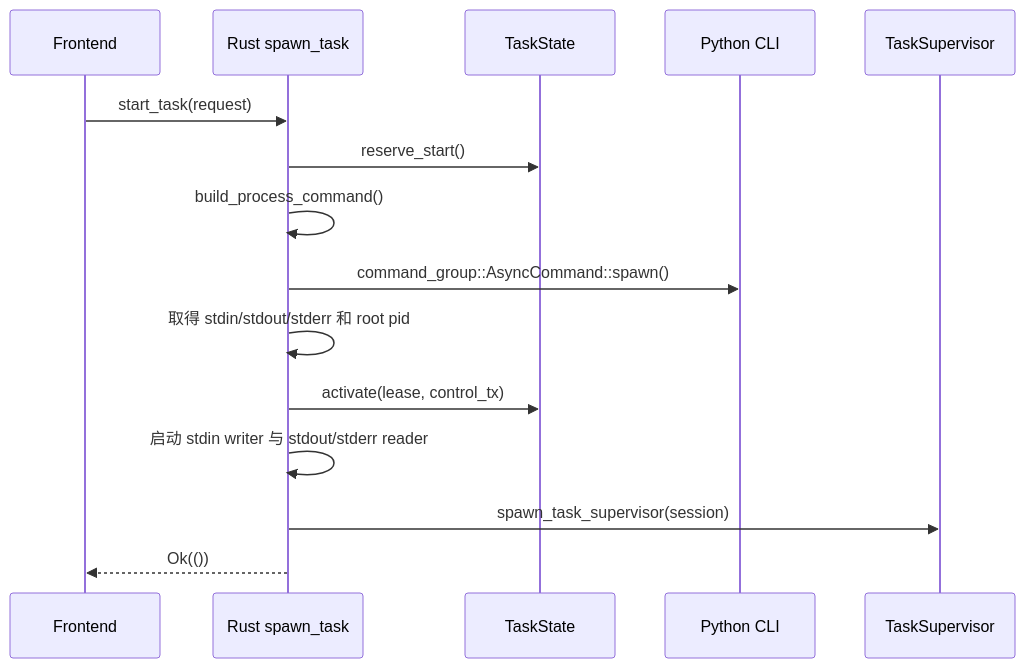
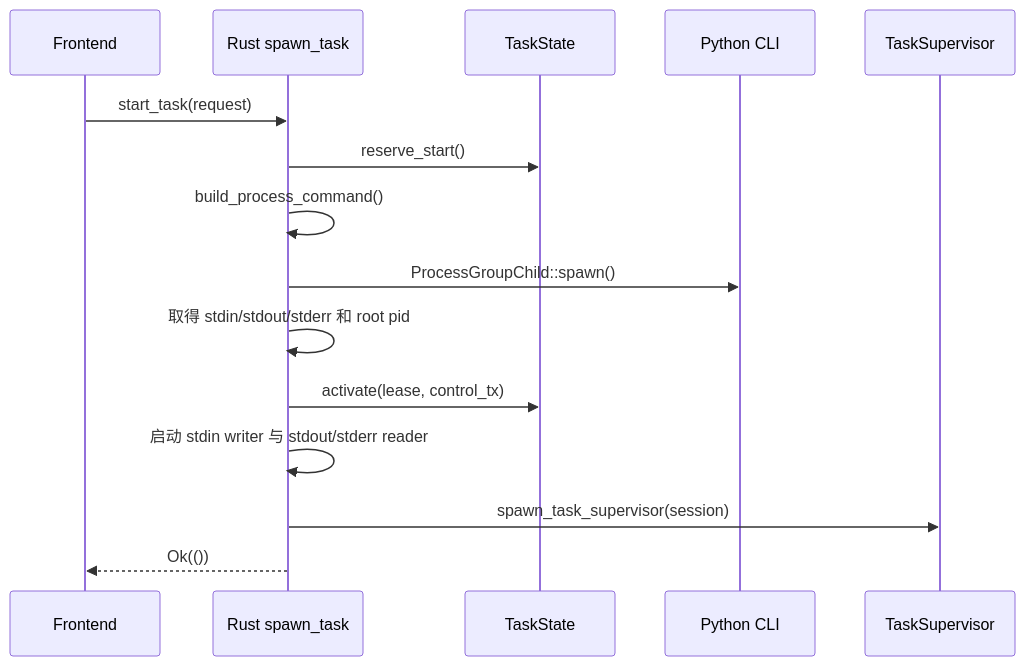
Before and after one commit to youge325/vp: the fourth of 5 diagrams in docs/03-rust-shell-architecture.md, drawn with Mermaid. The commit also changed other lines of this file and 81 other files, not shown here.

````diff
--- a/docs/03-rust-shell-architecture.md
+++ b/docs/03-rust-shell-architecture.md
@@ -156,18 +170,18 @@
 ```mermaid
 sequenceDiagram
     participant Frontend
     participant Rust as Rust spawn_task
     participant State as TaskState
     participant Python as Python CLI
     participant Supervisor as TaskSupervisor
 
     Frontend->>Rust: start_task(request)
     Rust->>State: reserve_start()
     Rust->>Rust: build_process_command()
-    Rust->>Python: command_group::AsyncCommand::spawn()
+    Rust->>Python: ProcessGroupChild::spawn()
     Rust->>Rust: 取得 stdin/stdout/stderr 和 root pid
     Rust->>State: activate(lease, control_tx)
     Rust->>Rust: 启动 stdin writer 与 stdout/stderr reader
     Rust->>Supervisor: spawn_task_supervisor(session)
     Rust-->>Frontend: Ok(())
 ```
````
